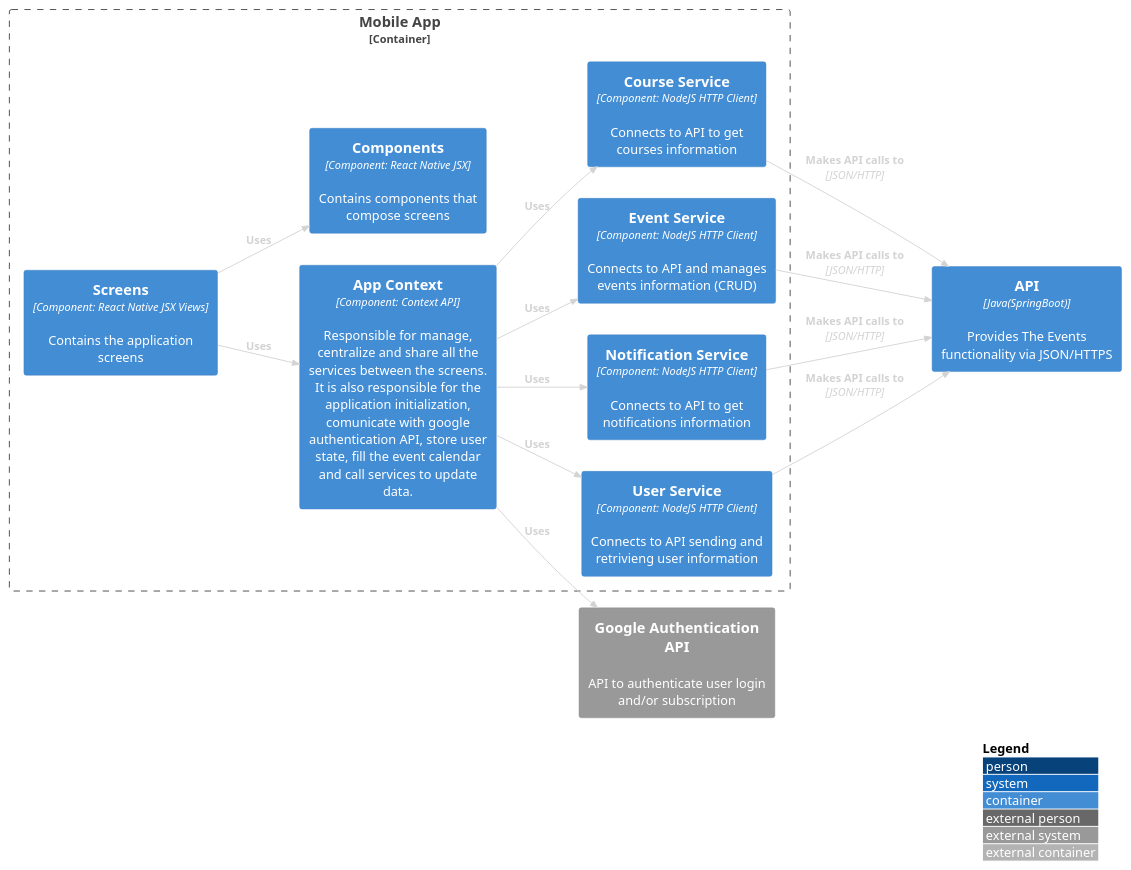
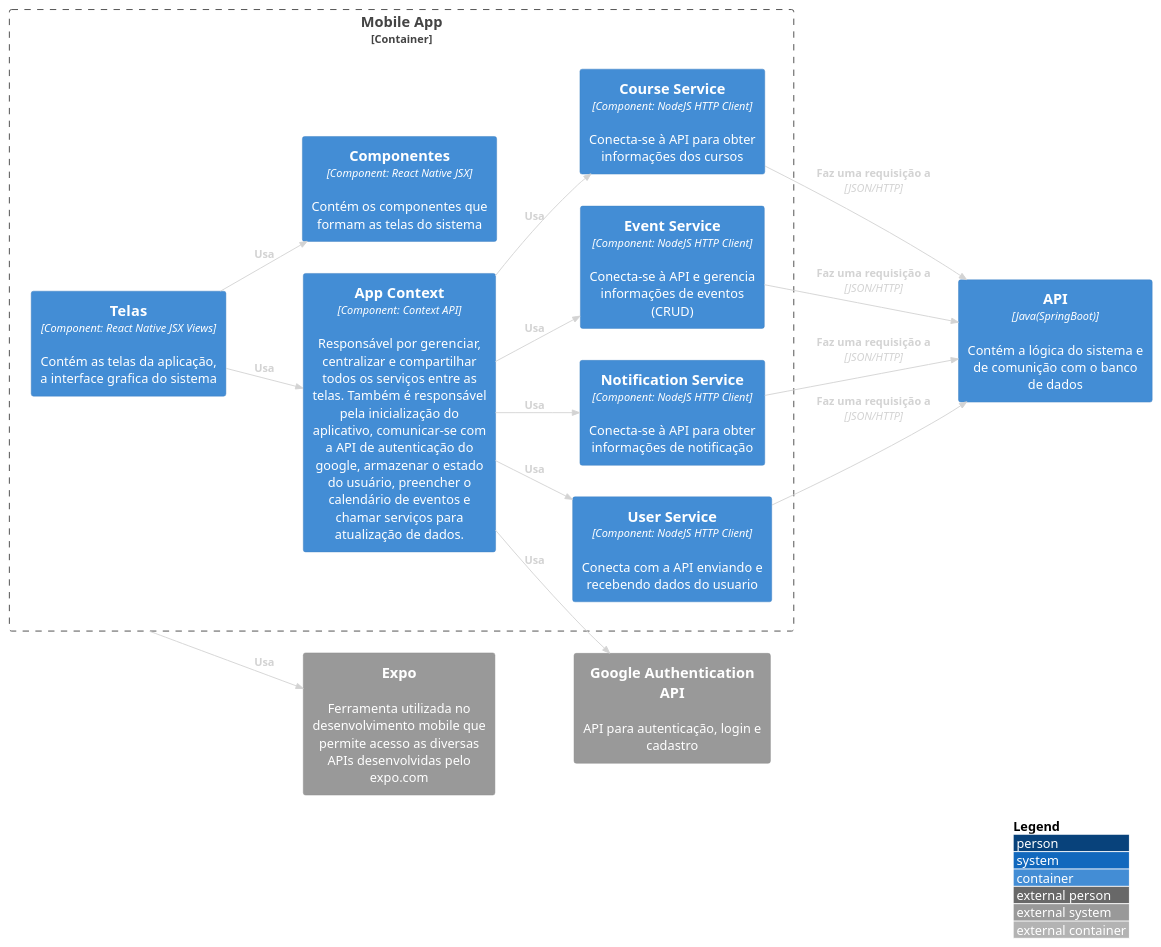
Before and after one commit to DahiseDias/UniCalArquitetura: the diagram in src/6.Arquitetura-C4/C3 - Components/Aplicação Mobile/mobileAppComponent.puml, drawn with PlantUML. The commit also changed 3 other files, not shown here.

Commit message:
Feature: C3 Mobile apllication concluido Co-authored-by: Dahise Emanuelly <DahiseDias@users.noreply.github.com>

```diff
--- a/src/6.Arquitetura-C4/C3 - Components/Aplicação Mobile/mobileAppComponent.puml
+++ b/src/6.Arquitetura-C4/C3 - Components/Aplicação Mobile/mobileAppComponent.puml
@@ -1,38 +1,40 @@
 @startuml
 !include https://raw.githubusercontent.com/adrianvlupu/C4-PlantUML/latest/C4_Container.puml
 
 LAYOUT_WITH_LEGEND()
 LAYOUT_LEFT_RIGHT()
 skinparam backgroundcolor transparent
 skinparam ArrowFontColor lightGray
 skinparam ArrowColor lightGray
 
-Container(api, "API", "Java(SpringBoot)", "Provides The Events functionality via JSON/HTTPS")
-System_Ext(gAuth, "Google Authentication API", "API to authenticate user login and/or subscription")
+Container(api, "API", "Java(SpringBoot)", "Contém a lógica do sistema e de comunição com o banco de dados")
+System_Ext(gAuth, "Google Authentication API", "API para autenticação, login e cadastro")
+System_Ext(Expo, "Expo", "Ferramenta utilizada no desenvolvimento mobile que permite acesso as diversas APIs desenvolvidas pelo expo.com")
 Container_Boundary(mobileApp, "Mobile App"){
-    Container(appContext, "App Context", "Component: Context API", "Responsible for manage, centralize and share all the services between the screens.     It is also responsible for the application initialization, comunicate with google authentication API, store user state, fill the event calendar and call services to update data.")
-    Container(courseService, "Course Service", "Component: NodeJS HTTP Client", "Connects to API to get courses information")
-    Container(eventService, "Event Service", "Component: NodeJS HTTP Client", "Connects to API and manages events information (CRUD)")
-    Container(NotificationService, "Notification Service", "Component: NodeJS HTTP Client", "Connects to API to get notifications information")
-    Container(userService, "User Service", "Component: NodeJS HTTP Client", "Connects to API sending and retrivieng user information")
+    Container(appContext, "App Context", "Component: Context API", "Responsável por gerenciar, centralizar e compartilhar todos os serviços entre as telas. Também é responsável pela inicialização do aplicativo, comunicar-se com a API de autenticação do google, armazenar o estado do usuário, preencher o calendário de eventos e chamar serviços para atualização de dados.")
+    Container(courseService, "Course Service", "Component: NodeJS HTTP Client", "Conecta-se à API para obter informações dos cursos")
+    Container(eventService, "Event Service", "Component: NodeJS HTTP Client", "Conecta-se à API e gerencia informações de eventos (CRUD)")
+    Container(NotificationService, "Notification Service", "Component: NodeJS HTTP Client", "Conecta-se à API para obter informações de notificação")
+    Container(userService, "User Service", "Component: NodeJS HTTP Client", "Conecta com a API enviando e recebendo dados do usuario")
 
-    Container(screens, "Screens", "Component: React Native JSX Views", "Contains the application screens")
-    Container(components, "Components", "Component: React Native JSX", "Contains components that compose screens")
+    Container(screens, "Telas", "Component: React Native JSX Views", "Contém as telas da aplicação, a interface grafica do sistema")
+    Container(components, "Componentes", "Component: React Native JSX", "Contém os componentes que formam as telas do sistema")
 
-    Rel(appContext, eventService, "Uses")
-    Rel(appContext, courseService, "Uses")
-    Rel(appContext, NotificationService, "Uses")
-    Rel(appContext, userService, "Uses")
-    Rel(screens, components, "Uses")
-    Rel(screens, appContext, "Uses")
+    Rel(appContext, eventService, "Usa")
+    Rel(appContext, courseService, "Usa")
+    Rel(appContext, NotificationService, "Usa")
+    Rel(appContext, userService, "Usa")
+    Rel(screens, components, "Usa")
+    Rel(screens, appContext, "Usa")
 
-    Rel(courseService, api, "Makes API calls to", "JSON/HTTP")
-    Rel(eventService, api, "Makes API calls to", "JSON/HTTP")
-    Rel(NotificationService, api, "Makes API calls to", "JSON/HTTP")
-    Rel(userService, api, "Makes API calls to", "JSON/HTTP")
-    Rel(appContext, gAuth, "Uses")
+    Rel(courseService, api, "Faz uma requisição a", "JSON/HTTP")
+    Rel(eventService, api, "Faz uma requisição a", "JSON/HTTP")
+    Rel(NotificationService, api, "Faz uma requisição a", "JSON/HTTP")
+    Rel(userService, api, "Faz uma requisição a", "JSON/HTTP")
+    Rel(appContext, gAuth, "Usa")
+    Rel(mobileApp, Expo, "Usa")
 
 }
 
 
 @enduml
```
